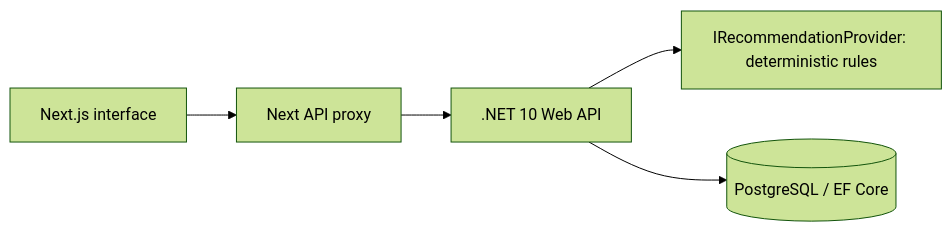
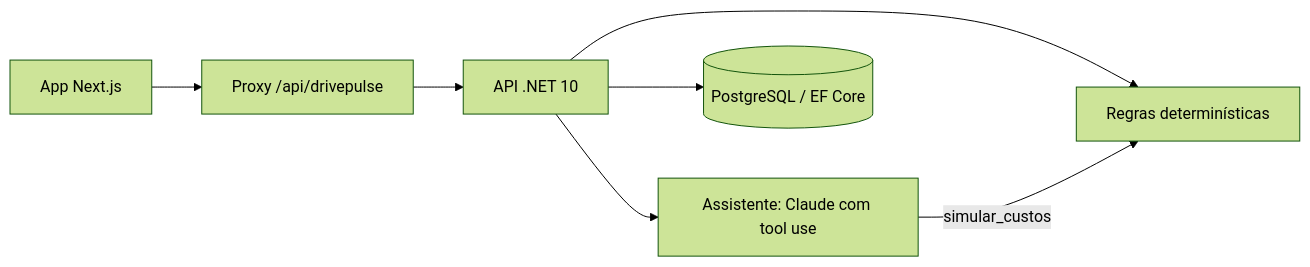
Before and after one commit to gabxw/conta-aberta: the diagram in docs/architecture.md, drawn with Mermaid (forest theme). The commit also changed other lines of this file and 8 other files, not shown here.

````diff
--- a/docs/architecture.md
+++ b/docs/architecture.md
@@ -5,7 +5,9 @@
 ```mermaid
 flowchart LR
-    Browser[Next.js interface] --> Proxy[Next API proxy]
-    Proxy --> API[.NET 10 Web API]
-    API --> Rules[IRecommendationProvider: deterministic rules]
+    Browser[App Next.js] --> Proxy[Proxy /api/drivepulse]
+    Proxy --> API[API .NET 10]
+    API --> Rules[Regras determinísticas]
+    API --> Assistant[Assistente: Claude com tool use]
+    Assistant -->|simular_custos| Rules
     API --> DB[(PostgreSQL / EF Core)]
 ```
````
